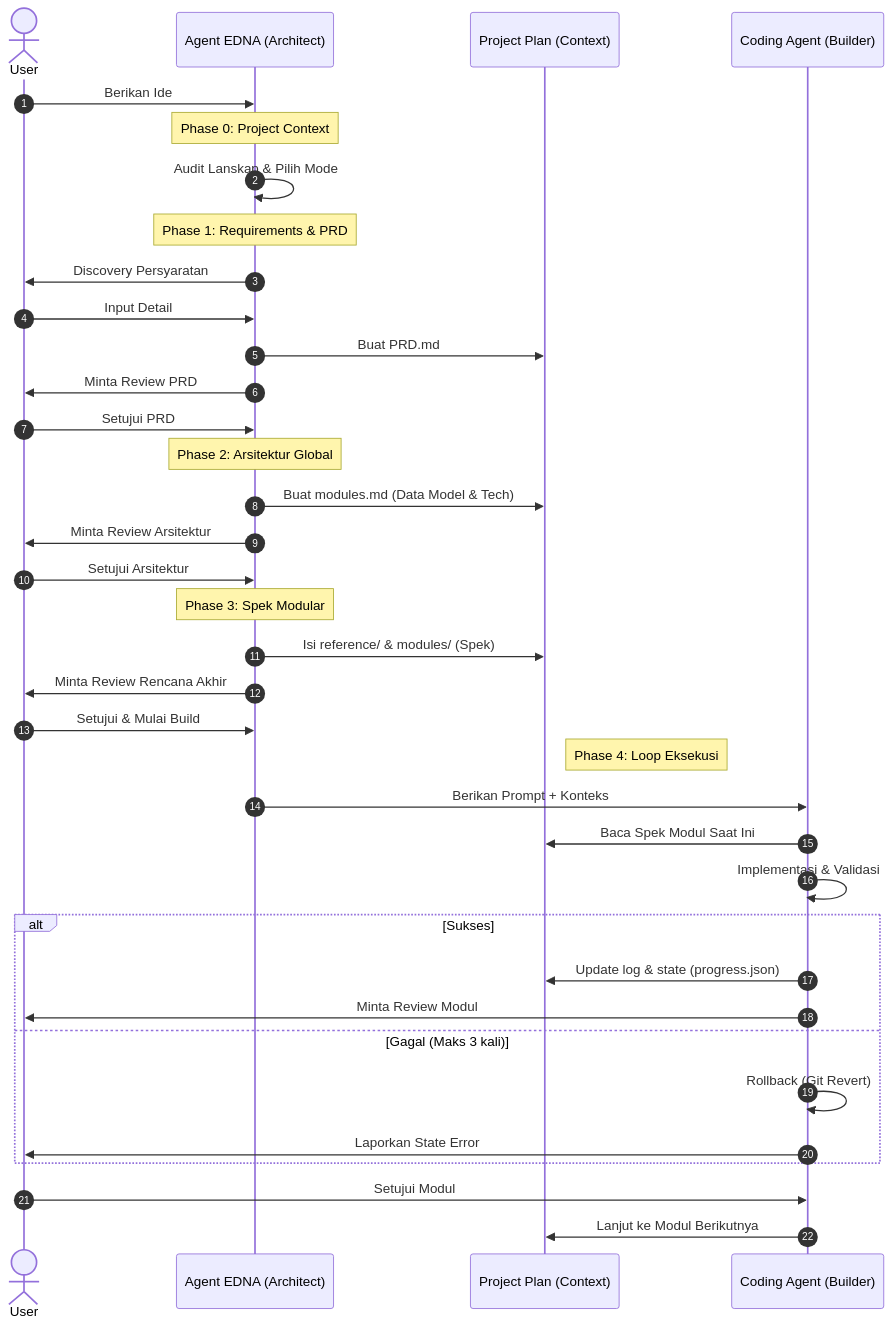
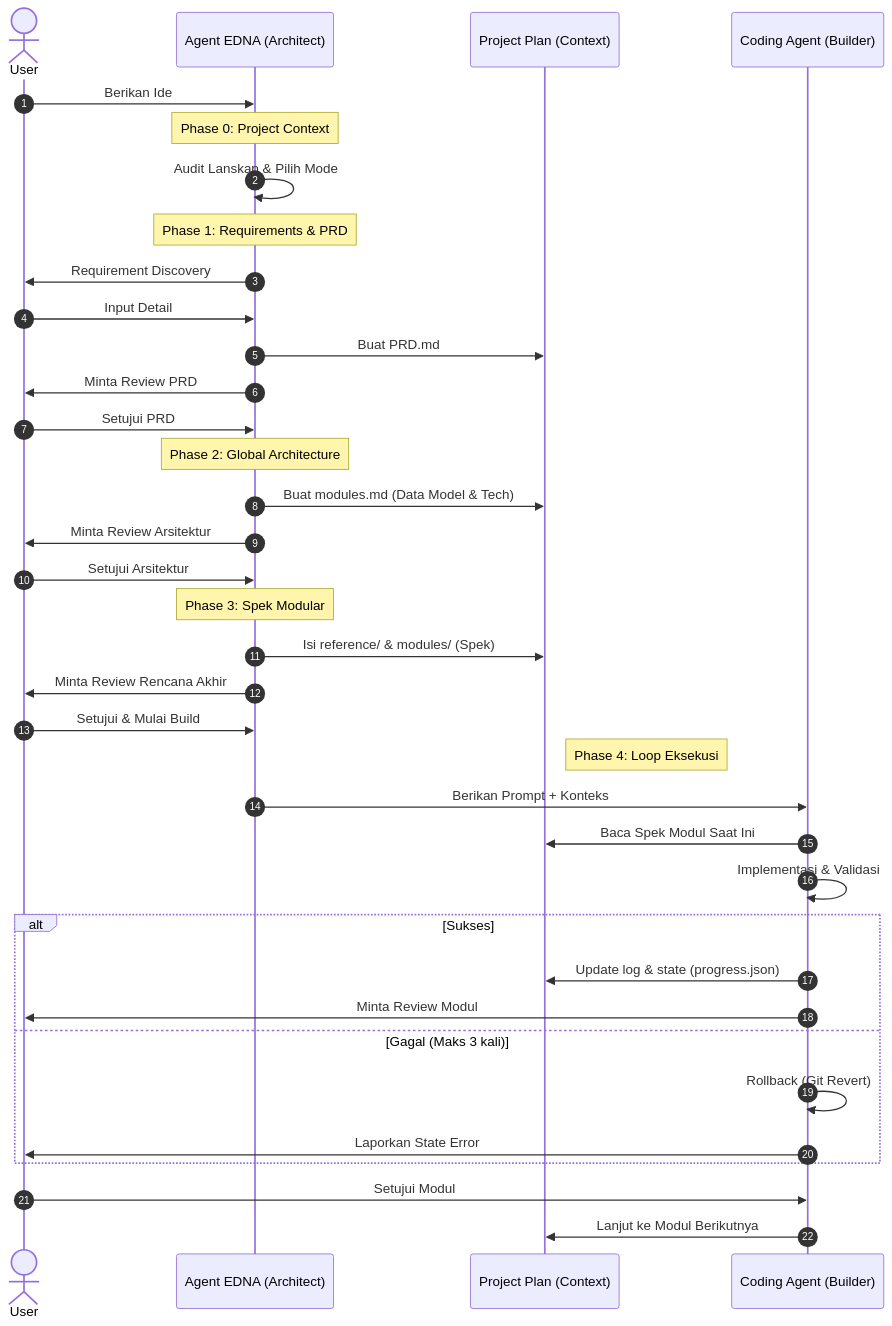
The diagram in how_it_works.id.md (arinadi/EDNA), drawn with Mermaid before and after one commit. The commit also changed other lines of this file and 4 other files, not shown here.

Commit message:
docs: global diction update - replace 'No Capes' with technical terms (Zero-Bloat Engineering, Minimalist Architecture)

````diff
--- a/how_it_works.id.md
+++ b/how_it_works.id.md
@@ -74,46 +74,46 @@
 ```mermaid
 sequenceDiagram
     autonumber
     actor User
     participant EDNA as Agent EDNA (Architect)
     participant Plan as Project Plan (Context)
     participant Coder as Coding Agent (Builder)
 
     User->>EDNA: Berikan Ide
     
     Note over EDNA: Phase 0: Project Context
     EDNA->>EDNA: Audit Lanskap & Pilih Mode
     
     Note over EDNA: Phase 1: Requirements & PRD
-    EDNA->>User: Discovery Persyaratan
+    EDNA->>User: Requirement Discovery
     User->>EDNA: Input Detail
     EDNA->>Plan: Buat PRD.md
     EDNA->>User: Minta Review PRD
     User->>EDNA: Setujui PRD
     
-    Note over EDNA: Phase 2: Arsitektur Global
+    Note over EDNA: Phase 2: Global Architecture
     EDNA->>Plan: Buat modules.md (Data Model & Tech)
     EDNA->>User: Minta Review Arsitektur
     User->>EDNA: Setujui Arsitektur
     
     Note over EDNA: Phase 3: Spek Modular
     EDNA->>Plan: Isi reference/ & modules/ (Spek)
     
     EDNA->>User: Minta Review Rencana Akhir
     User->>EDNA: Setujui & Mulai Build
     
     Note right of Plan: Phase 4: Loop Eksekusi
     EDNA->>Coder: Berikan Prompt + Konteks
     Coder->>Plan: Baca Spek Modul Saat Ini
     Coder->>Coder: Implementasi & Validasi
     alt Sukses
         Coder->>Plan: Update log & state (progress.json)
         Coder->>User: Minta Review Modul
     else Gagal (Maks 3 kali)
         Coder->>Coder: Rollback (Git Revert)
         Coder->>User: Laporkan State Error
     end
     
     User->>Coder: Setujui Modul
     Coder->>Plan: Lanjut ke Modul Berikutnya
 ```
````
